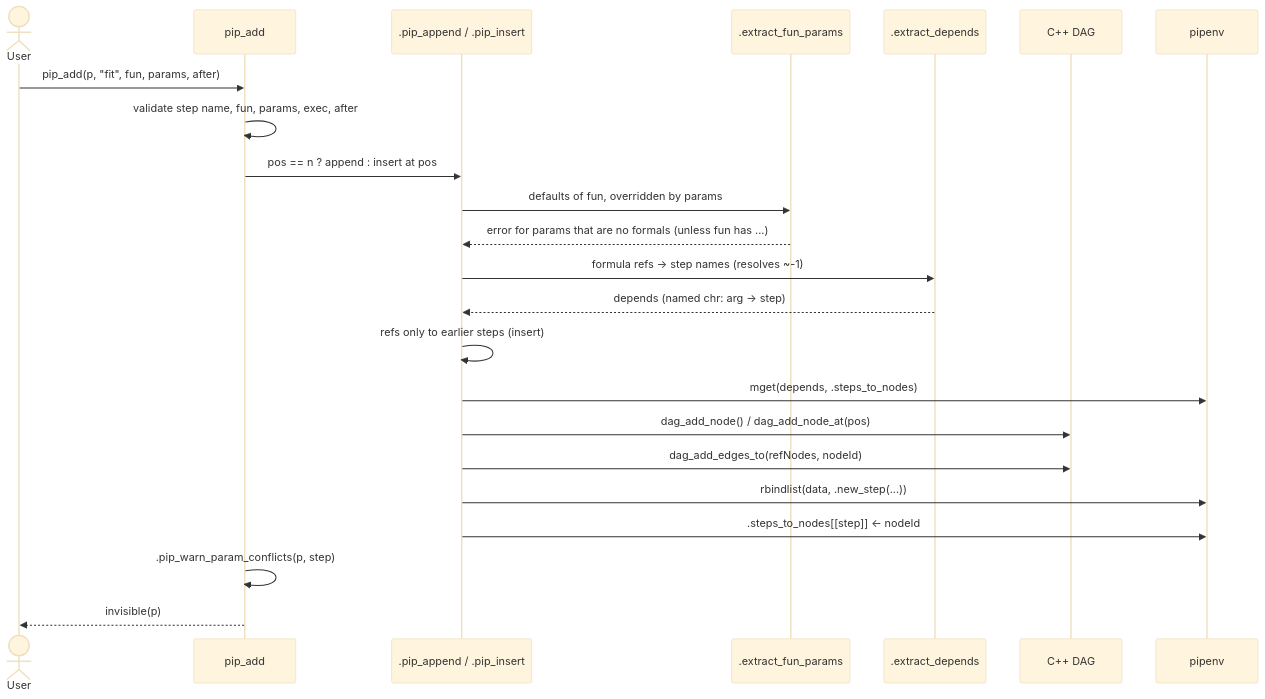
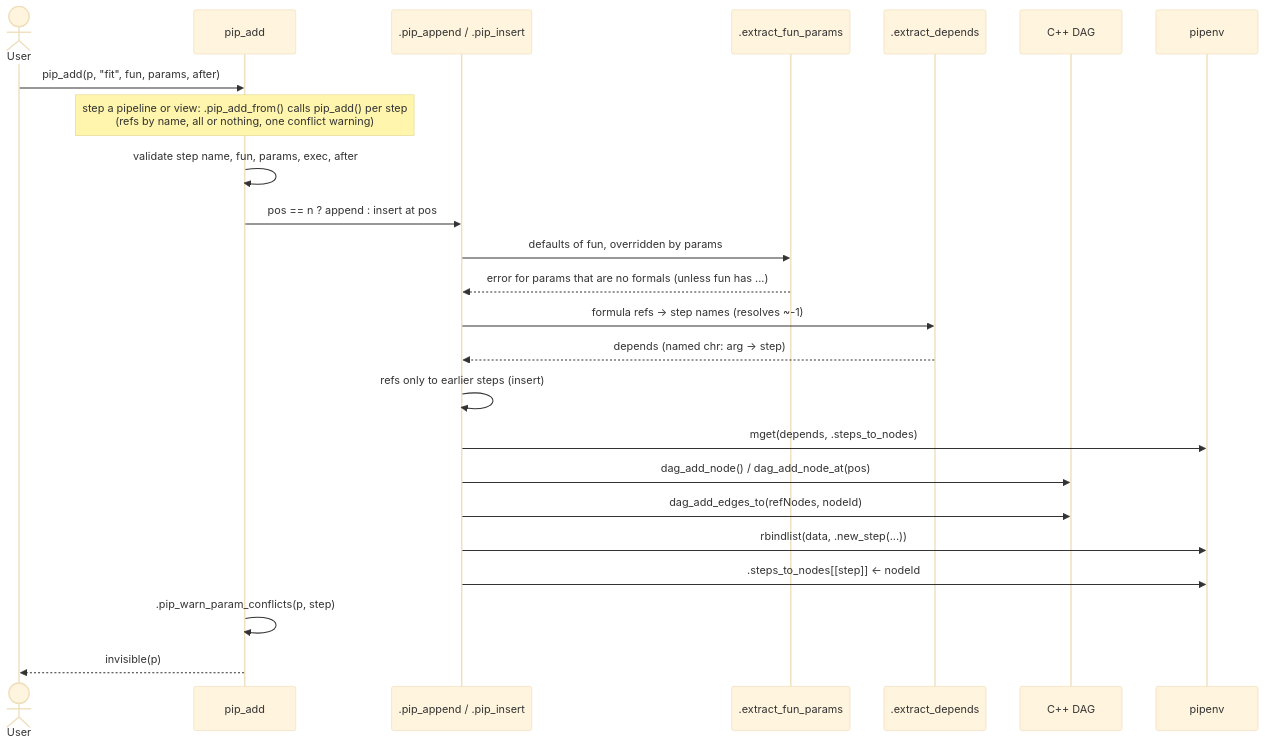
One commit to rpahl/pipeflow changed the fourth of 8 diagrams in dev/pipeflow.md. Above: the diagram before and after it, drawn with Mermaid (base theme). The commit also changed other lines of this file and 11 other files, not shown here.

Commit message:
feat: pip_add() copies the steps of a pipeline or view without their upstream steps

````diff
--- a/dev/pipeflow.md
+++ b/dev/pipeflow.md
@@ -309,26 +309,27 @@
 ```mermaid
 sequenceDiagram
     actor U as User
     participant A as pip_add
     participant I as .pip_append / .pip_insert
     participant P as .extract_fun_params
     participant D as .extract_depends
     participant G as C++ DAG
     participant E as pipenv
 
     U->>A: pip_add(p, "fit", fun, params, after)
+    Note over A: step a pipeline or view: .pip_add_from() calls pip_add() per step<br/>(refs by name, all or nothing, one conflict warning)
     A->>A: validate step name, fun, params, exec, after
     A->>I: pos == n ? append : insert at pos
     I->>P: defaults of fun, overridden by params
     P-->>I: error for params that are no formals (unless fun has ...)
     I->>D: formula refs -> step names (resolves ~-1)
     D-->>I: depends (named chr: arg -> step)
     I->>I: refs only to earlier steps (insert)
     I->>E: mget(depends, .steps_to_nodes)
     I->>G: dag_add_node() / dag_add_node_at(pos)
     I->>G: dag_add_edges_to(refNodes, nodeId)
     I->>E: rbindlist(data, .new_step(...))
     I->>E: .steps_to_nodes[[step]] <- nodeId
     A->>A: .pip_warn_param_conflicts(p, step)
     A-->>U: invisible(p)
 ```
````
